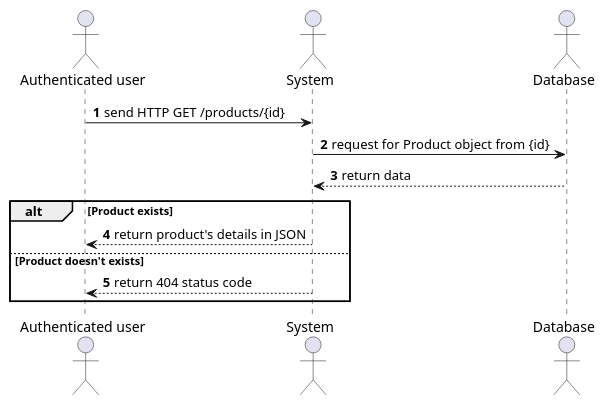
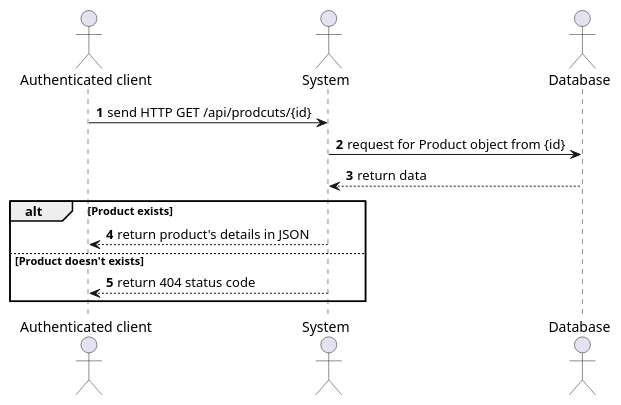
The diagram in diagrams/Sequences/ProductsManagement/Sequence_ShowDetails.puml (Xwyk/BileMo), drawn with PlantUML before and after one commit. The commit also changed 18 other files, not shown here.

Commit message:
Diagrams update & png generation

```diff
--- a/diagrams/Sequences/ProductsManagement/Sequence_ShowDetails.puml
+++ b/diagrams/Sequences/ProductsManagement/Sequence_ShowDetails.puml
@@ -1,20 +1,20 @@
 @startuml
 'https://plantuml.com/sequence-diagram
 
 autonumber
 
-actor "Authenticated user" as user
+actor "Authenticated client" as client
 actor System                as system
 actor Database              as db
 
-user  -> system  : send HTTP GET /products/{id}
+client  -> system  : send HTTP GET /api/prodcuts/{id}
 system -> db      : request for Product object from {id}
 system <-- db     : return data
 
 alt Product exists
-  user  <-- system : return product's details in JSON
+      client  <-- system : return product's details in JSON
 else Product doesn't exists
-  user  <-- system : return 404 status code
+  client  <-- system : return 404 status code
 end
 
 @enduml
```
